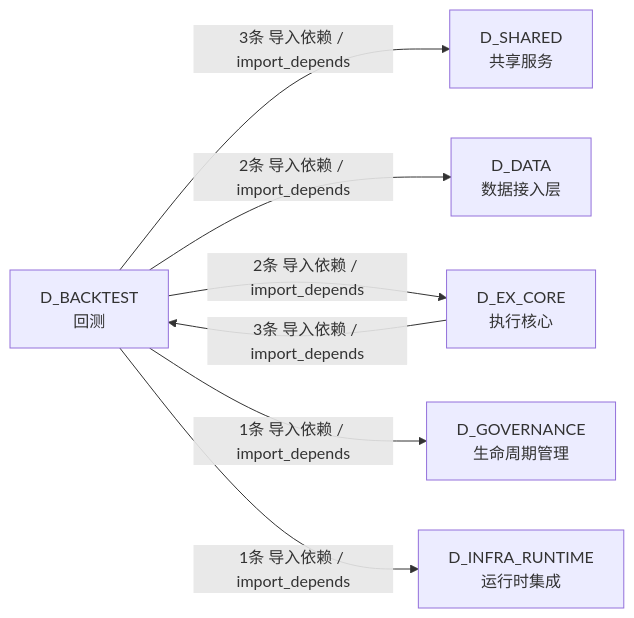
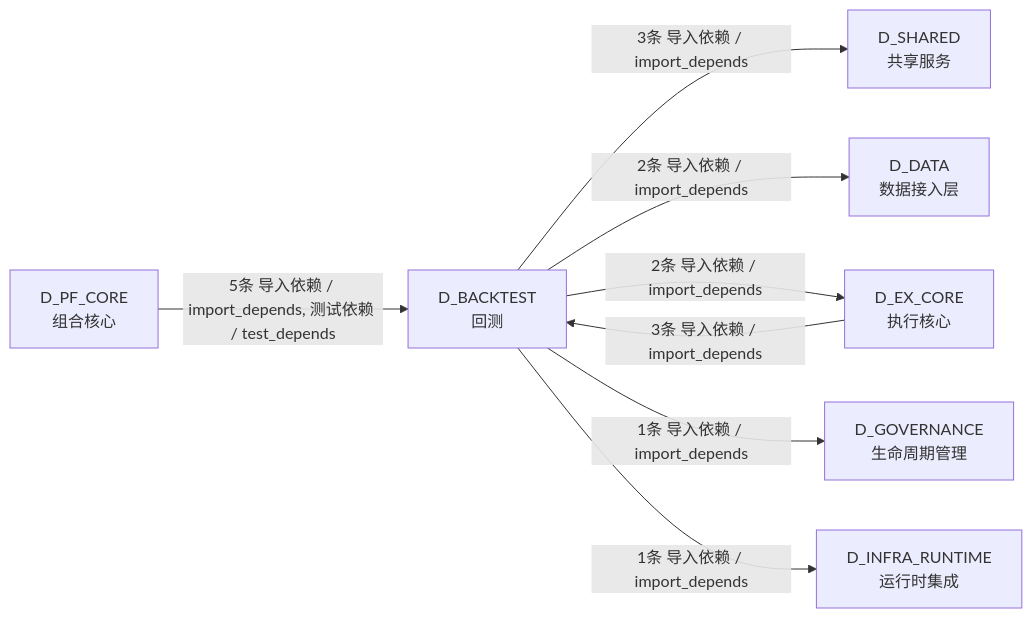
Before and after one commit to xuanFelixVan/ZephyrAlpha: the third of 3 diagrams in docs/02_enterprise_architecture/02_domain_architecture_docs/35_d_backtest.md, drawn with Mermaid. The commit also changed other lines of this file and 42 other files, not shown here.

````diff
--- a/docs/02_enterprise_architecture/02_domain_architecture_docs/35_d_backtest.md
+++ b/docs/02_enterprise_architecture/02_domain_architecture_docs/35_d_backtest.md
@@ -262,15 +279,17 @@
 ```mermaid
 graph LR
     D_BACKTEST["D_BACKTEST<br/>回测"]
     D_SHARED["D_SHARED<br/>共享服务"]
     D_DATA["D_DATA<br/>数据接入层"]
     D_EX_CORE["D_EX_CORE<br/>执行核心"]
     D_GOVERNANCE["D_GOVERNANCE<br/>生命周期管理"]
     D_INFRA_RUNTIME["D_INFRA_RUNTIME<br/>运行时集成"]
+    D_PF_CORE["D_PF_CORE<br/>组合核心"]
     D_BACKTEST -->|3条 导入依赖 / import_depends| D_SHARED
     D_BACKTEST -->|2条 导入依赖 / import_depends| D_DATA
     D_BACKTEST -->|2条 导入依赖 / import_depends| D_EX_CORE
     D_BACKTEST -->|1条 导入依赖 / import_depends| D_GOVERNANCE
     D_BACKTEST -->|1条 导入依赖 / import_depends| D_INFRA_RUNTIME
+    D_PF_CORE -->|5条 导入依赖 / import_depends, 测试依赖 / test_depends| D_BACKTEST
     D_EX_CORE -->|3条 导入依赖 / import_depends| D_BACKTEST
 ```
````
